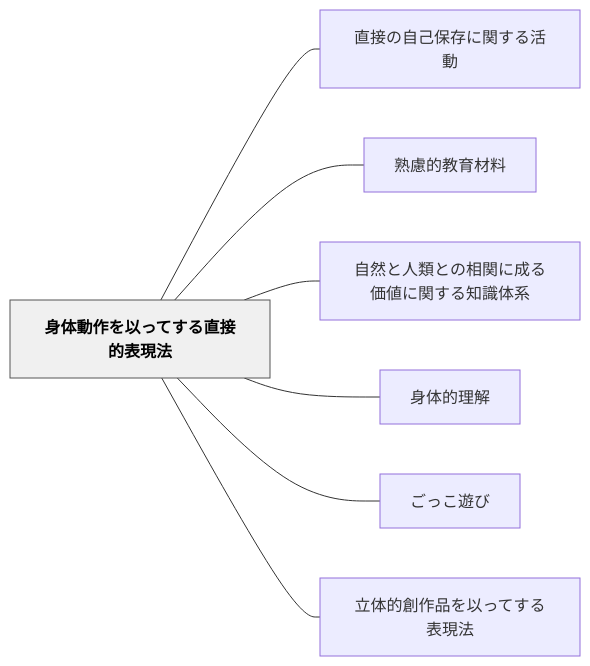
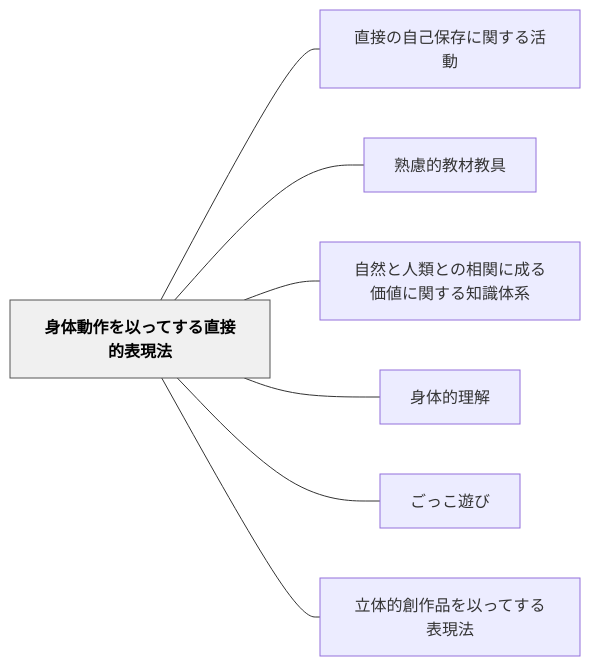
The diagram in content/パタン/身体動作を以ってする直接的表現法.md (unknownthings-ed-patterns/unknownthings-ed-patterns), drawn with Mermaid before and after one commit. The commit also changed other lines of this file and 72 other files, not shown here.

````diff
--- a/content/パタン/身体動作を以ってする直接的表現法.md
+++ b/content/パタン/身体動作を以ってする直接的表現法.md
@@ -50,20 +50,20 @@
 ```mermaid
 flowchart LR
     ne8baabe4bd93e58b95e4bd9ce38292e4bba5e381a3e381a6e38199e3828be79bb4e68ea5e79a84e8a1a8e78fbee6b395["身体動作を以ってする直接的表現法"]
     ne79bb4e68ea5e381aee887aae5b7b1e4bf9de5ad98e381abe996a2e38199e3828be6b4bbe58b95["直接の自己保存に関する活動"]
-    ne7869fe685aee79a84e69599e882b2e69d90e69699["熟慮的教育材料"]
+    ne7869fe685aee79a84e69599e69d90e69599e585b7["熟慮的教材教具"]
     ne887aae784b6e381a8e4babae9a19ee381a8e381aee79bb8e996a2e381abe68890e3828be4bea1e580a4e381abe996a2e38199e3828be79fa5e8ad98e4bd93e7b3bb["自然と人類との相関に成る価値に関する知識体系"]
     ne8baabe4bd93e79a84e79086e8a7a3["身体的理解"]
     ne38194e381a3e38193e9818ae381b3["ごっこ遊び"]
     ne7ab8be4bd93e79a84e589b5e4bd9ce59381e38292e4bba5e381a3e381a6e38199e3828be8a1a8e78fbee6b395["立体的創作品を以ってする表現法"]
 
     ne8baabe4bd93e58b95e4bd9ce38292e4bba5e381a3e381a6e38199e3828be79bb4e68ea5e79a84e8a1a8e78fbee6b395 --- ne79bb4e68ea5e381aee887aae5b7b1e4bf9de5ad98e381abe996a2e38199e3828be6b4bbe58b95
-    ne8baabe4bd93e58b95e4bd9ce38292e4bba5e381a3e381a6e38199e3828be79bb4e68ea5e79a84e8a1a8e78fbee6b395 --- ne7869fe685aee79a84e69599e882b2e69d90e69699
+    ne8baabe4bd93e58b95e4bd9ce38292e4bba5e381a3e381a6e38199e3828be79bb4e68ea5e79a84e8a1a8e78fbee6b395 --- ne7869fe685aee79a84e69599e69d90e69599e585b7
     ne8baabe4bd93e58b95e4bd9ce38292e4bba5e381a3e381a6e38199e3828be79bb4e68ea5e79a84e8a1a8e78fbee6b395 --- ne887aae784b6e381a8e4babae9a19ee381a8e381aee79bb8e996a2e381abe68890e3828be4bea1e580a4e381abe996a2e38199e3828be79fa5e8ad98e4bd93e7b3bb
     ne8baabe4bd93e58b95e4bd9ce38292e4bba5e381a3e381a6e38199e3828be79bb4e68ea5e79a84e8a1a8e78fbee6b395 --- ne8baabe4bd93e79a84e79086e8a7a3
     ne8baabe4bd93e58b95e4bd9ce38292e4bba5e381a3e381a6e38199e3828be79bb4e68ea5e79a84e8a1a8e78fbee6b395 --- ne38194e381a3e38193e9818ae381b3
     ne8baabe4bd93e58b95e4bd9ce38292e4bba5e381a3e381a6e38199e3828be79bb4e68ea5e79a84e8a1a8e78fbee6b395 --- ne7ab8be4bd93e79a84e589b5e4bd9ce59381e38292e4bba5e381a3e381a6e38199e3828be8a1a8e78fbee6b395
 
     classDef hub fill:#f0f0f0,stroke:#555,color:#000,font-weight:bold
     class ne8baabe4bd93e58b95e4bd9ce38292e4bba5e381a3e381a6e38199e3828be79bb4e68ea5e79a84e8a1a8e78fbee6b395 hub
 ```
````
